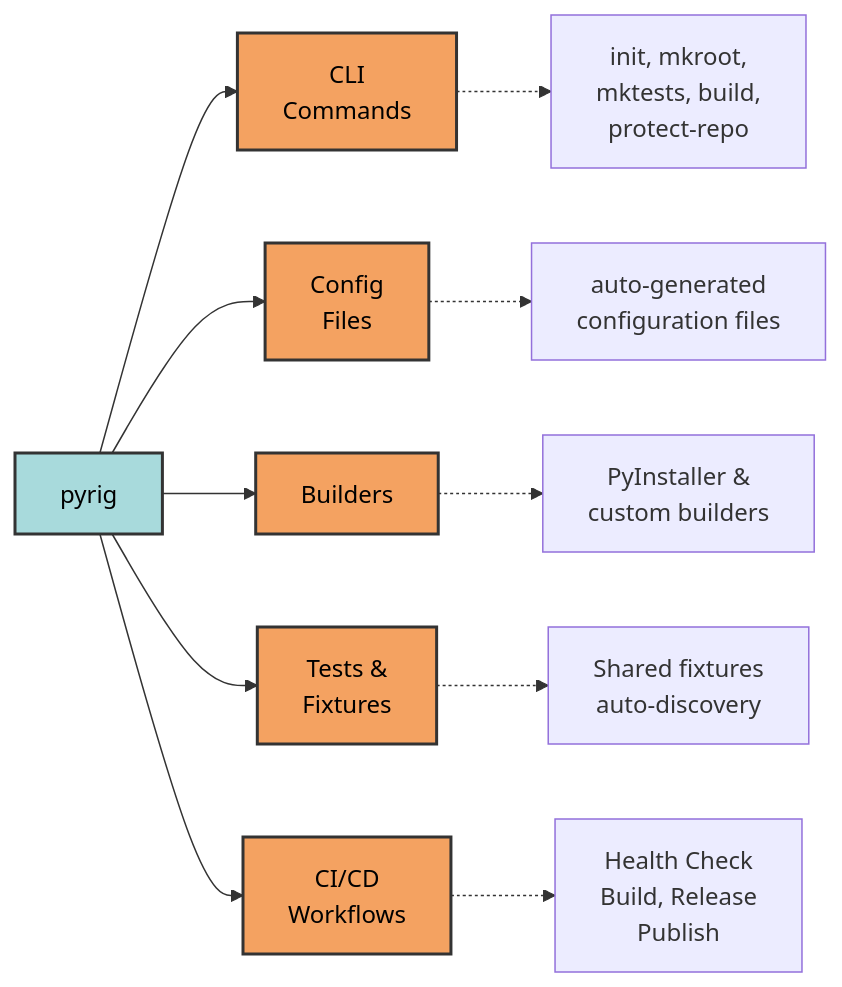
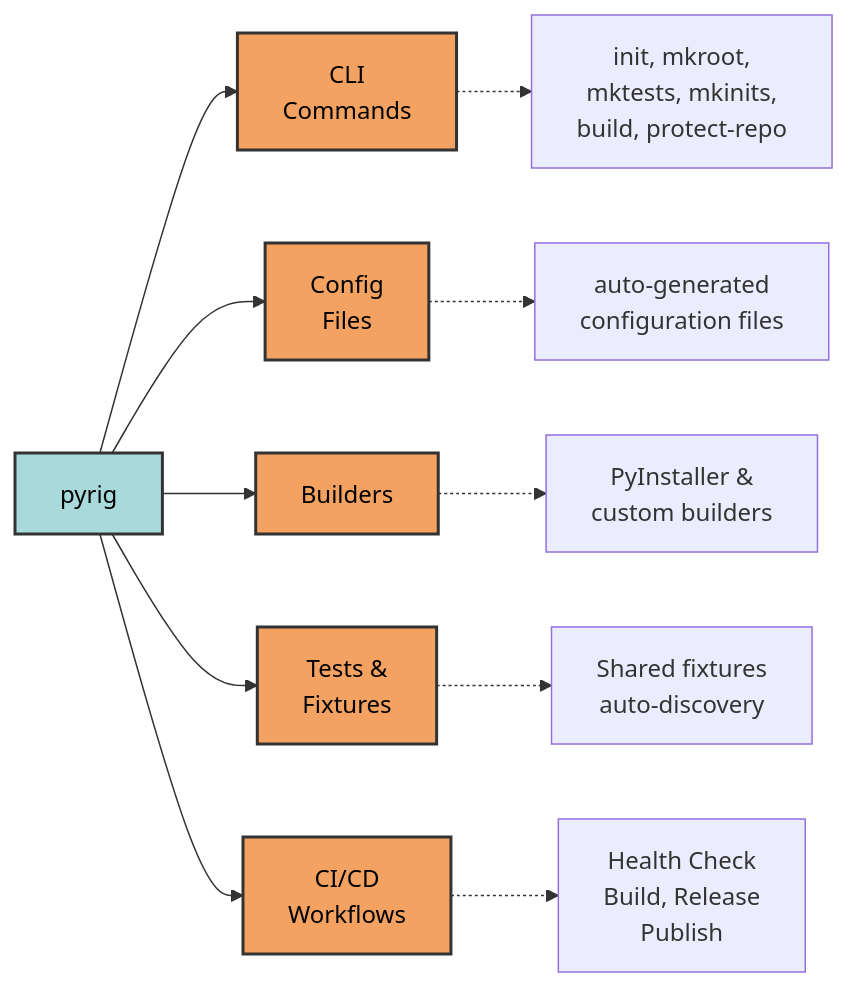
The diagram in docs/index.md (Winipedia/pyrig), drawn with Mermaid before and after one commit. The commit also changed 2 other files, not shown here.

````diff
--- a/docs/index.md
+++ b/docs/index.md
@@ -43,21 +43,21 @@
 ```mermaid
 graph LR
     A[pyrig] --> B[CLI<br/>Commands]
     A --> C[Config<br/>Files]
     A --> D[Builders]
     A --> E[Tests &<br/>Fixtures]
     A --> F[CI/CD<br/>Workflows]
 
-    B -.-> B1[init, mkroot,<br/>mktests, build,<br/>protect-repo]
+    B -.-> B1[init, mkroot,<br/>mktests, mkinits,<br/>build, protect-repo]
     C -.-> C1[auto-generated<br/>configuration files]
     D -.-> D1[PyInstaller &<br/>custom builders]
     E -.-> E1[Shared fixtures<br/>auto-discovery]
     F -.-> F1[Health Check<br/>Build, Release<br/>Publish]
 
     style A fill:#a8dadc,stroke:#333,stroke-width:2px,color:#000
     style B fill:#f4a261,stroke:#333,stroke-width:2px,color:#000
     style C fill:#f4a261,stroke:#333,stroke-width:2px,color:#000
     style D fill:#f4a261,stroke:#333,stroke-width:2px,color:#000
     style E fill:#f4a261,stroke:#333,stroke-width:2px,color:#000
     style F fill:#f4a261,stroke:#333,stroke-width:2px,color:#000
 ```
````
